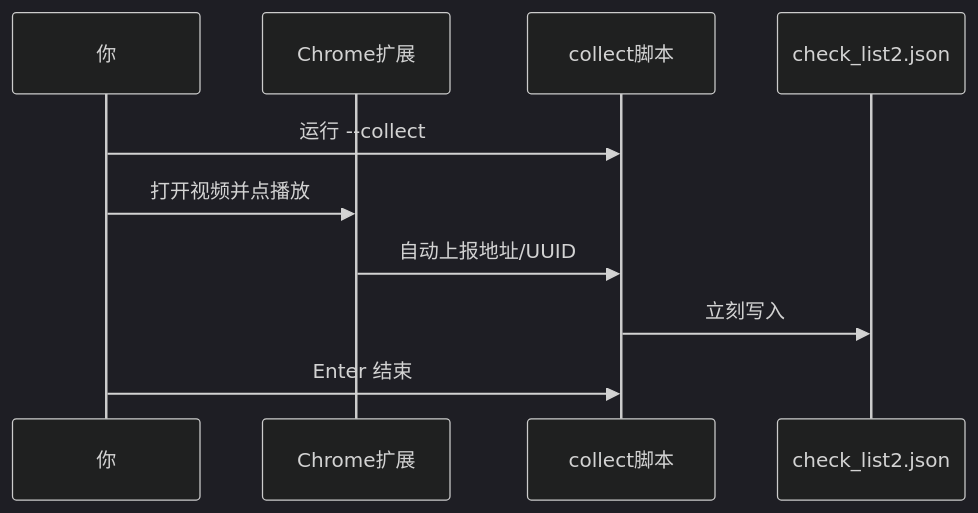
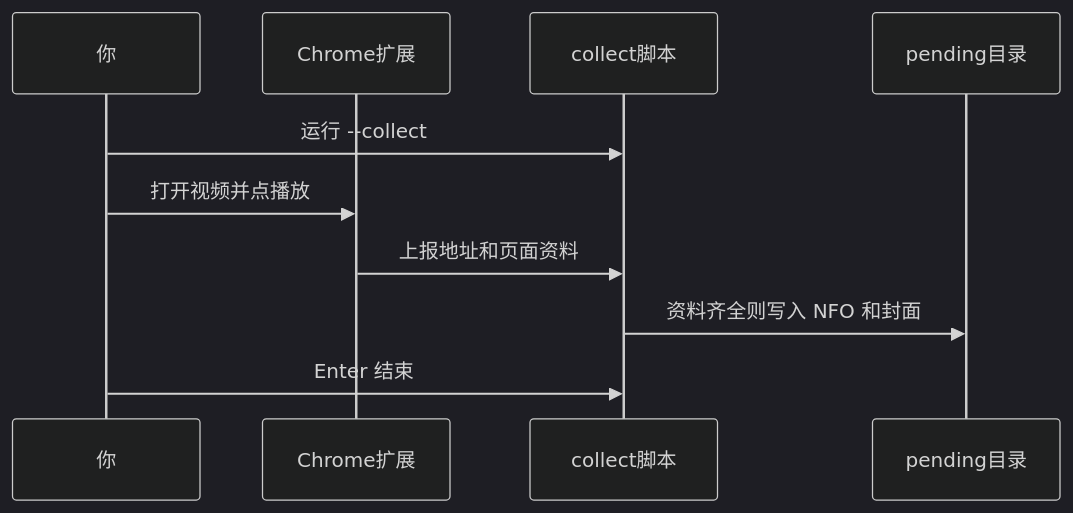
One commit to jeffmkw/Missav_ChromeTool changed the first of 3 diagrams in README.md. Above: the diagram before and after it, drawn with Mermaid (dark theme). The commit also changed other lines of this file, not shown here.

````diff
--- a/README.md
+++ b/README.md
@@ -40,12 +55,12 @@
 ```mermaid
 sequenceDiagram
   participant You as 你
   participant Chrome as Chrome扩展
   participant Script as collect脚本
-  participant File as check_list2.json
+  participant Pending as pending目录
   You->>Script: 运行 --collect
   You->>Chrome: 打开视频并点播放
-  Chrome->>Script: 自动上报地址/UUID
-  Script->>File: 立刻写入
+  Chrome->>Script: 上报地址和页面资料
+  Script->>Pending: 资料齐全则写入 NFO 和封面
   You->>Script: Enter 结束
 ```
````
